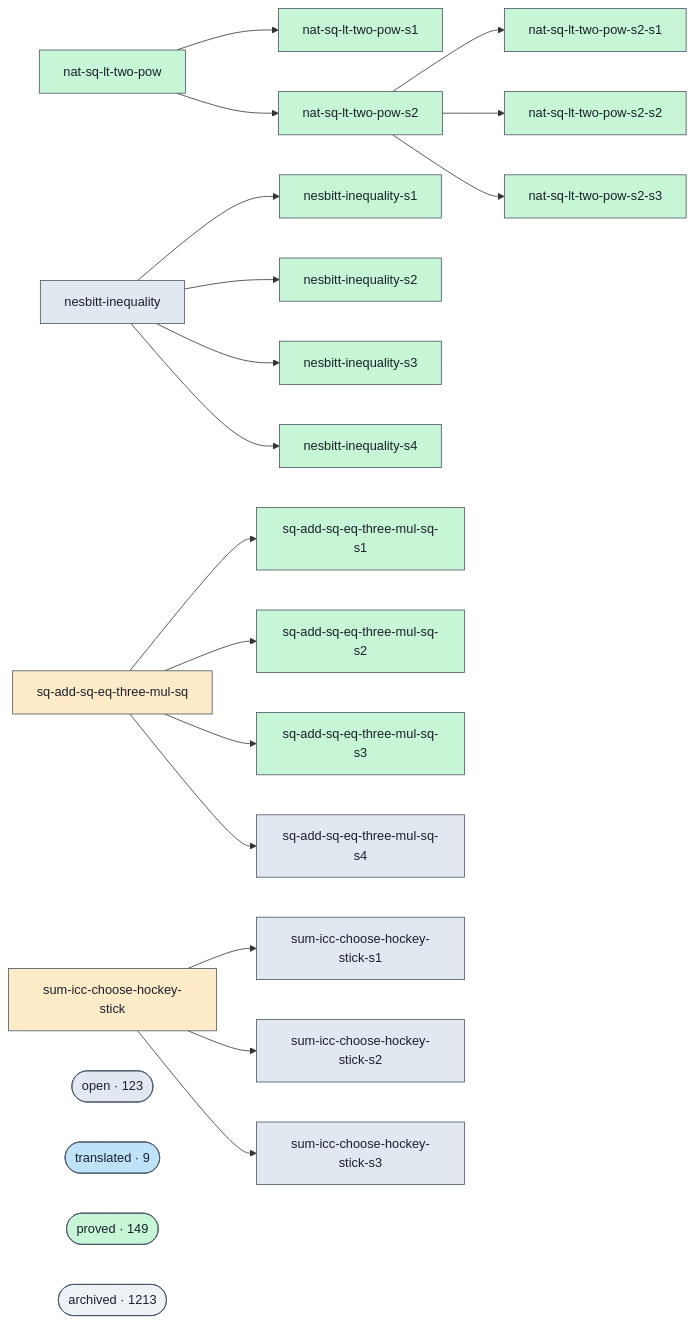
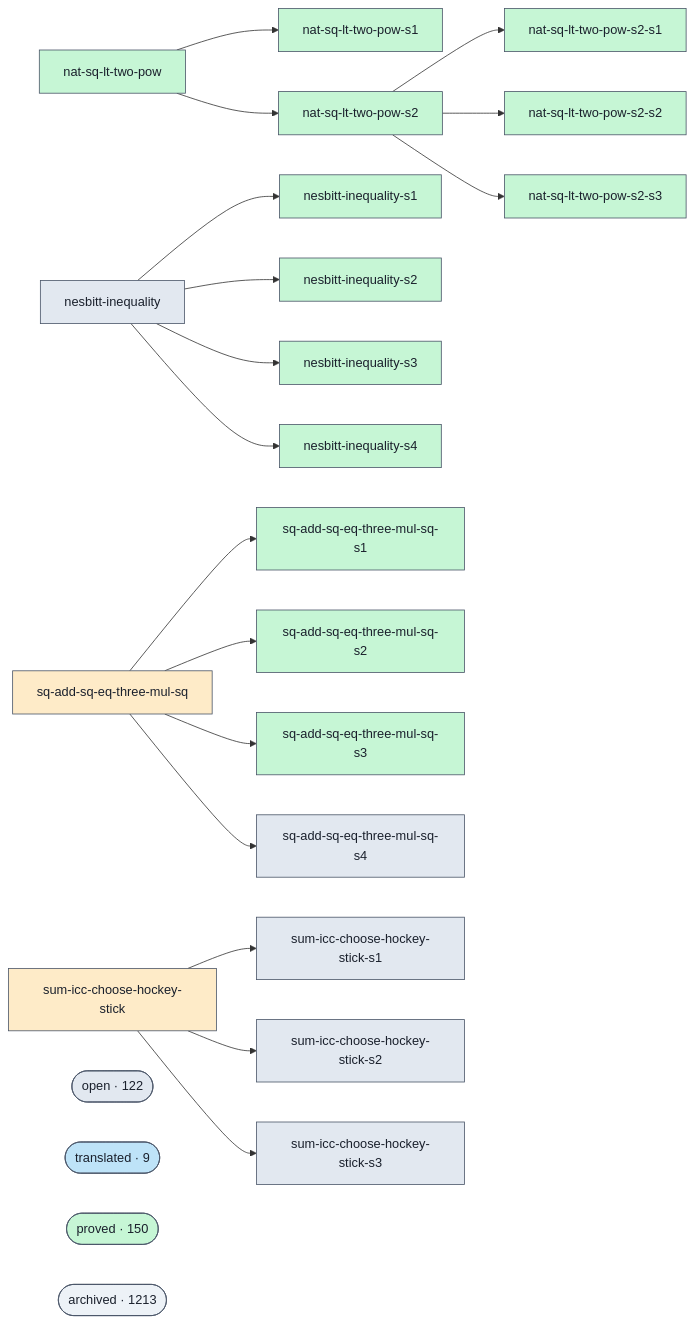
One commit to Rauxon/unsorry changed the diagram in docs/proofs-contributors-visualisation.md. Above: the diagram before and after it, drawn with Mermaid. The commit also changed other lines of this file and 2 other files, not shown here.

```diff
--- a/docs/proofs-contributors-visualisation.md
+++ b/docs/proofs-contributors-visualisation.md
@@ -98,11 +98,11 @@
   g_sum_icc_choose_hockey_stick --> g_sum_icc_choose_hockey_stick_s1
   g_sum_icc_choose_hockey_stick --> g_sum_icc_choose_hockey_stick_s2
   g_sum_icc_choose_hockey_stick --> g_sum_icc_choose_hockey_stick_s3
-  cluster_open(["open · 123"])
+  cluster_open(["open · 122"])
   class cluster_open open;
   cluster_translated(["translated · 9"])
   class cluster_translated translated;
-  cluster_proved(["proved · 149"])
+  cluster_proved(["proved · 150"])
   class cluster_proved proved;
   cluster_archived(["archived · 1213"])
   class cluster_archived unknown;
```
